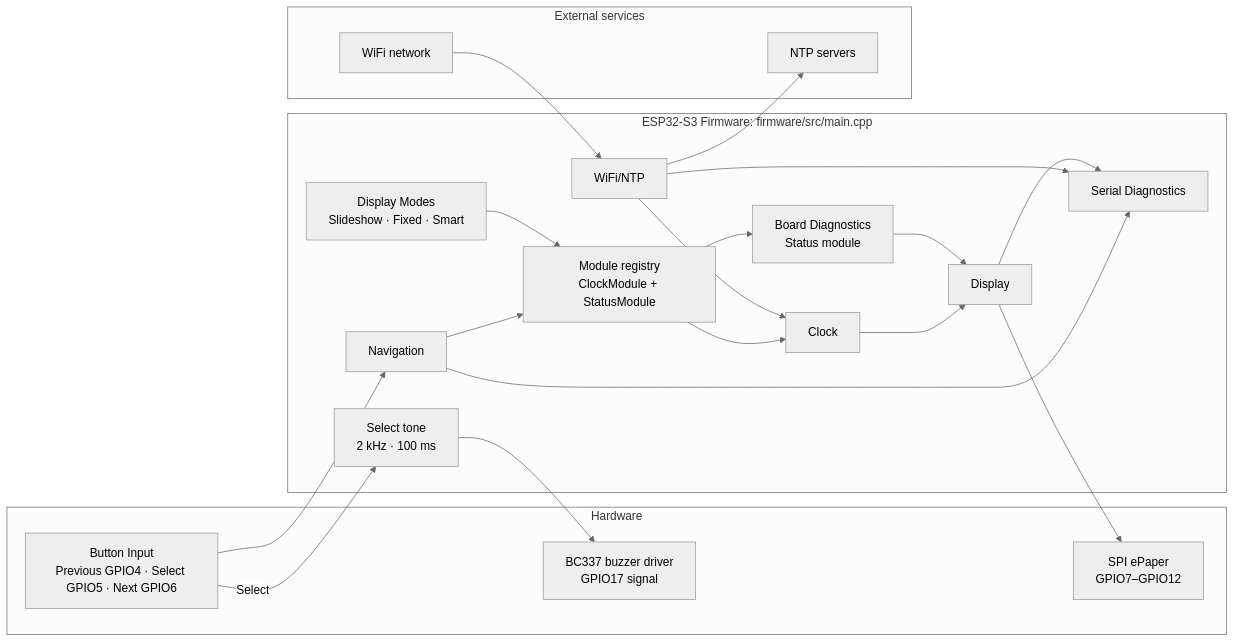
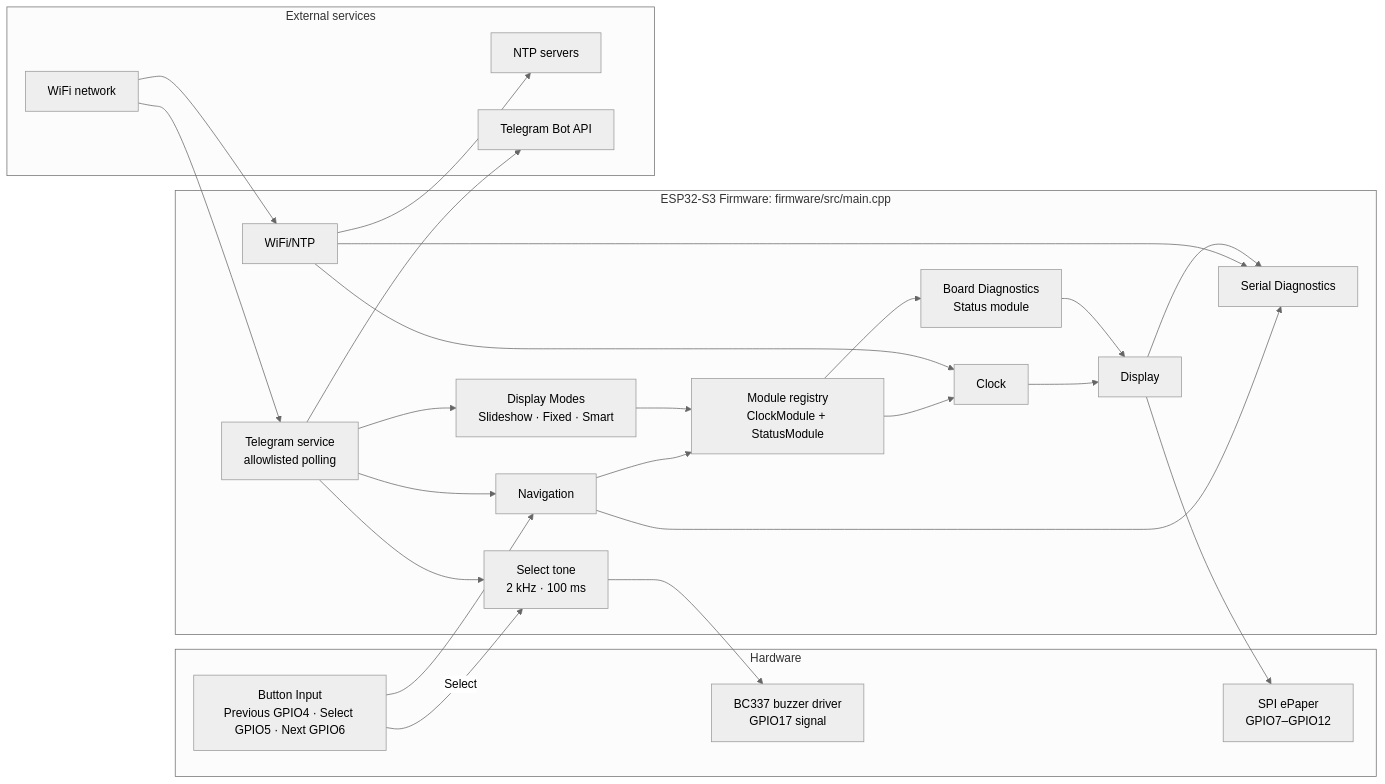
Before and after one commit to ibarot1981/HomeOS: the diagram in docs/Architecture.md, drawn with Mermaid (neutral theme). The commit also changed other lines of this file and 12 other files, not shown here.

Commit message:
Add allowlisted Telegram integration

````diff
--- a/docs/Architecture.md
+++ b/docs/Architecture.md
@@ -13,38 +14,44 @@
 ```mermaid
 flowchart LR
   subgraph Hardware
     Buttons["Button Input<br/>Previous GPIO4 · Select GPIO5 · Next GPIO6"]
     DisplayHW["SPI ePaper<br/>GPIO7–GPIO12"]
     BuzzerHW["BC337 buzzer driver<br/>GPIO17 signal"]
   end
   subgraph Firmware["ESP32-S3 Firmware: firmware/src/main.cpp"]
     Navigation["Navigation"]
     Modes["Display Modes\nSlideshow · Fixed · Smart"]
     Clock["Clock"]
     Registry["Module registry\nClockModule + StatusModule"]
     Board["Board Diagnostics\nStatus module"]
     Display["Display"]
     Serial["Serial Diagnostics"]
     WiFiNTP["WiFi/NTP"]
     Buzzer["Select tone<br/>2 kHz · 100 ms"]
+    Telegram["Telegram service<br/>allowlisted polling"]
   end
   subgraph External["External services"]
     WiFi["WiFi network"]
     NTP["NTP servers"]
+    TelegramAPI["Telegram Bot API"]
   end
   Buttons --> Navigation
   Buttons -->|Select| Buzzer
   Navigation --> Registry
   Modes --> Registry
   Registry --> Clock
   Registry --> Board
   Clock --> Display
   Board --> Display
   Display --> DisplayHW
   Buzzer --> BuzzerHW
   WiFi --> WiFiNTP --> NTP
   WiFiNTP --> Clock
+  WiFi --> Telegram --> TelegramAPI
+  Telegram --> Navigation
+  Telegram --> Modes
+  Telegram --> Buzzer
   Navigation --> Serial
   WiFiNTP --> Serial
   Display --> Serial
 ```
````
